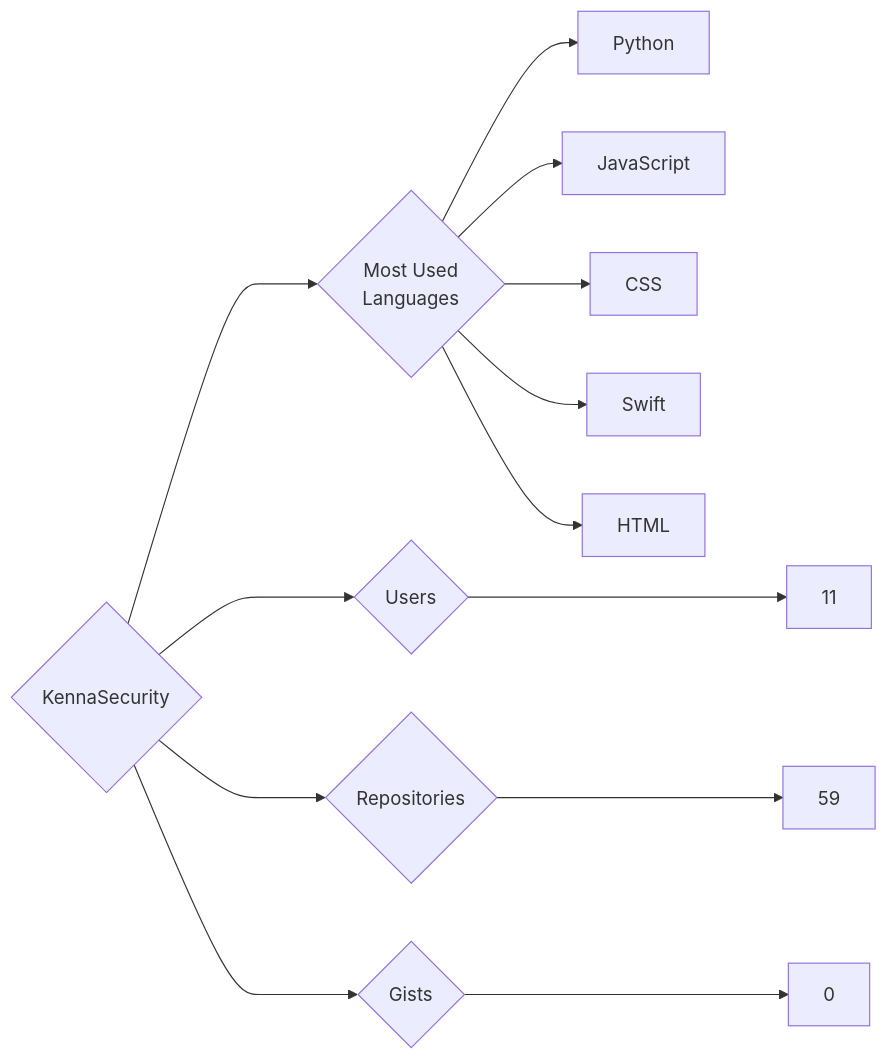
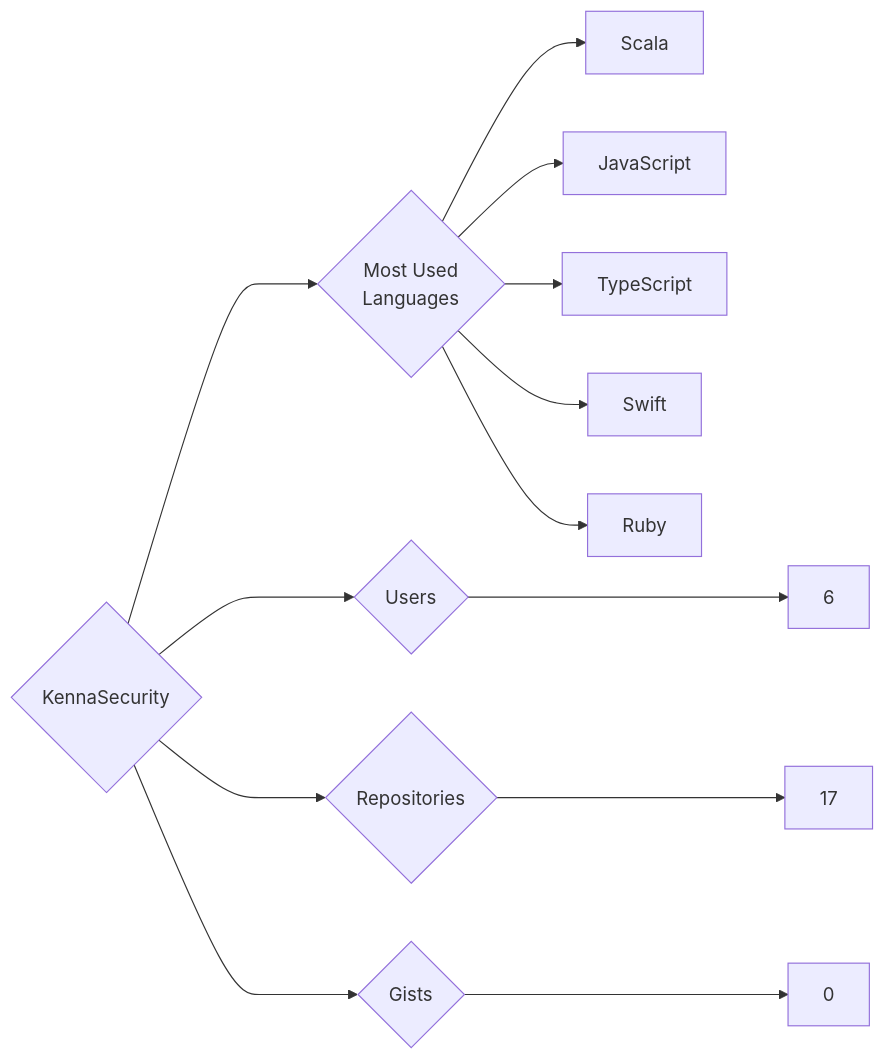
One commit to trickest/insiders changed the diagram in targets/KennaSecurity/README.md. Above: the diagram before and after it, drawn with Mermaid. The commit also changed 1238 other files, not shown here.

````diff
--- a/targets/KennaSecurity/README.md
+++ b/targets/KennaSecurity/README.md
@@ -3,13 +3,13 @@
 ```mermaid
 graph LR
 COMPANY_NAME{KennaSecurity}
-COMPANY_NAME ---> U{Users} ---> UN[11]
-COMPANY_NAME ---> R{Repositories} ---> RN[59]
+COMPANY_NAME ---> U{Users} ---> UN[6]
+COMPANY_NAME ---> R{Repositories} ---> RN[17]
 COMPANY_NAME ---> G{Gists} ---> GN[0]
 COMPANY_NAME ---> ML{Most Used<br>Languages}
-ML --> Python[Python]
+ML --> Scala[Scala]
 ML --> JavaScript[JavaScript]
-ML --> CSS[CSS]
+ML --> TypeScript[TypeScript]
 ML --> Swift[Swift]
-ML --> HTML[HTML]
+ML --> Ruby[Ruby]
 ```
````
